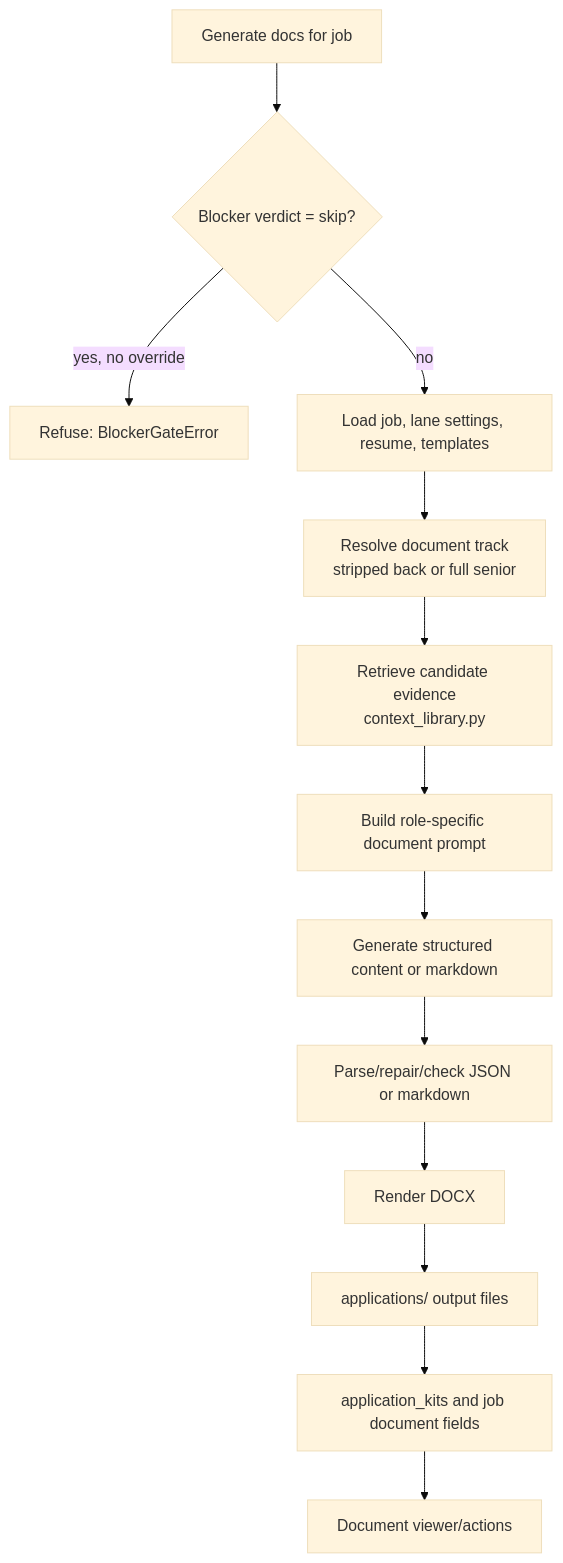
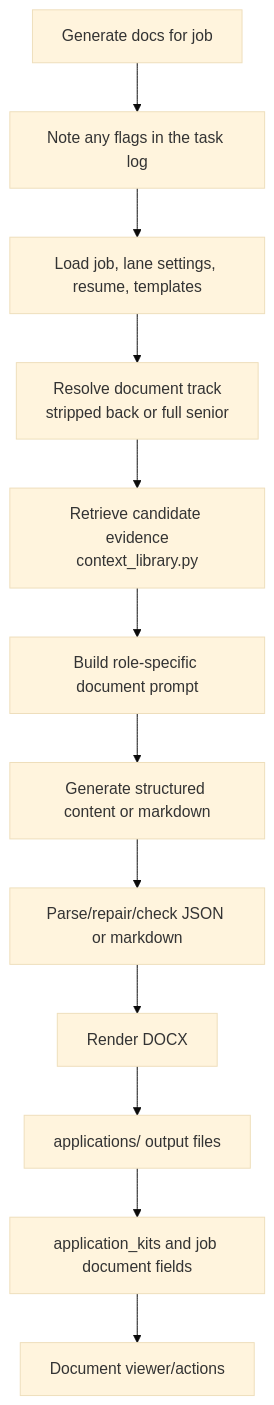
The tenth of 12 diagrams in ARCHITECTURE.md (Keljian/JSE), drawn with Mermaid (base theme) before and after one commit. The commit also changed other lines of this file and 31 other files, not shown here.

````diff
--- a/ARCHITECTURE.md
+++ b/ARCHITECTURE.md
@@ -373,15 +389,14 @@
 ```mermaid
 flowchart TD
-    User["Generate docs for job"] --> Gate{"Blocker verdict = skip?"}
-    Gate -->|yes, no override| Blocked["Refuse: BlockerGateError"]
-    Gate -->|no| Load["Load job, lane settings, resume, templates"]
+    User["Generate docs for job"] --> Note["Note any flags in the task log"]
+    Note --> Load["Load job, lane settings, resume, templates"]
     Load --> Track["Resolve document track\nstripped back or full senior"]
     Track --> Context["Retrieve candidate evidence\ncontext_library.py"]
     Context --> Prompt["Build role-specific document prompt"]
     Prompt --> LLM["Generate structured content or markdown"]
     LLM --> Validate["Parse/repair/check JSON or markdown"]
     Validate --> Render["Render DOCX"]
     Render --> Save["applications/ output files"]
     Save --> Kit["application_kits and job document fields"]
     Kit --> UI["Document viewer/actions"]
 ```
````
